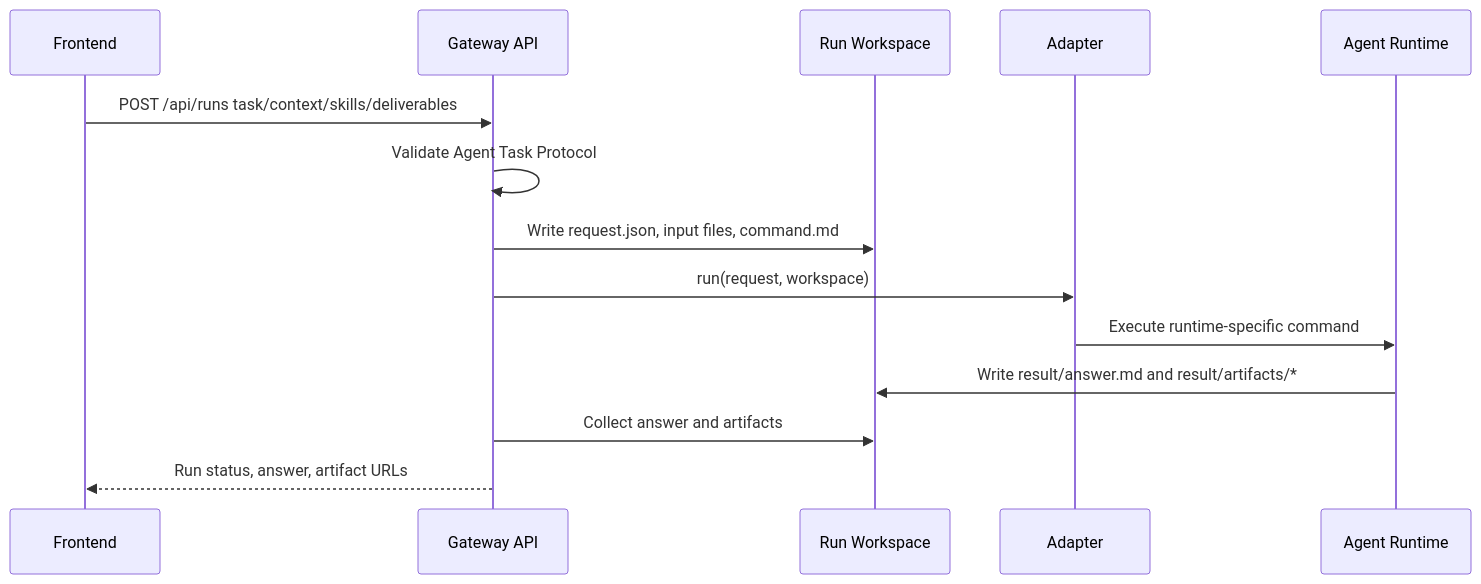
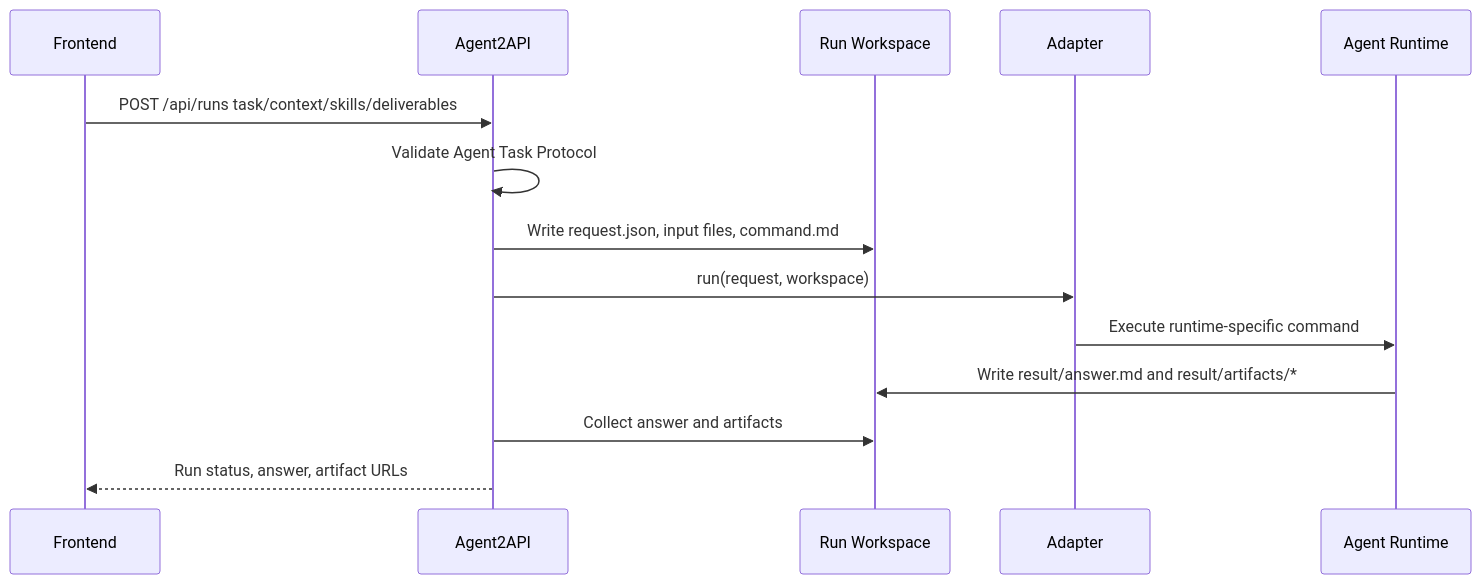
One commit to morgen52/agent2api changed the second of 3 diagrams in README.md. Above: the diagram before and after it, drawn with Mermaid. The commit also changed other lines of this file and 3 other files, not shown here.

````diff
--- a/README.md
+++ b/README.md
@@ -50,17 +78,17 @@
 ```mermaid
 sequenceDiagram
   participant UI as Frontend
-  participant API as Gateway API
+  participant API as Agent2API
   participant FS as Run Workspace
   participant AD as Adapter
   participant AG as Agent Runtime
 
   UI->>API: POST /api/runs task/context/skills/deliverables
   API->>API: Validate Agent Task Protocol
   API->>FS: Write request.json, input files, command.md
   API->>AD: run(request, workspace)
   AD->>AG: Execute runtime-specific command
   AG->>FS: Write result/answer.md and result/artifacts/*
   API->>FS: Collect answer and artifacts
   API-->>UI: Run status, answer, artifact URLs
 ```
````
